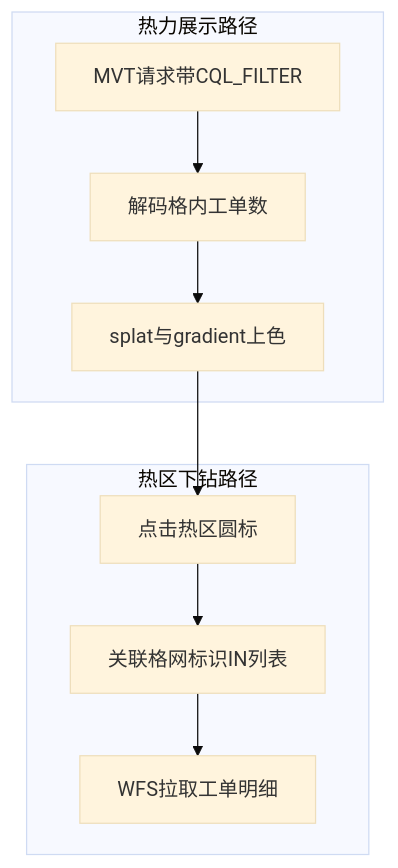
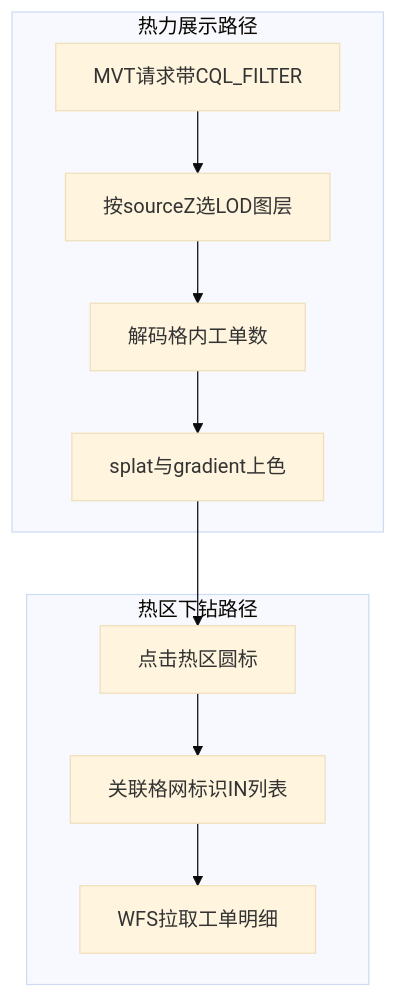
Before and after one commit to zheyi420/Dev-Wiki: the fifth of 6 diagrams in Blog/mvt-webgl_heatmap-ccl/百万级点数据：MVT + WebGL 热力渲染与 FBO 连通域热区工单统计.md, drawn with Mermaid (base theme). The commit also changed other lines of this file and 1 other file, not shown here.

````diff
--- a/Blog/mvt-webgl_heatmap-ccl/百万级点数据：MVT + WebGL 热力渲染与 FBO 连通域热区工单统计.md
+++ b/Blog/mvt-webgl_heatmap-ccl/百万级点数据：MVT + WebGL 热力渲染与 FBO 连通域热区工单统计.md
@@ -140,16 +176,17 @@
 ```mermaid
 flowchart TB
   subgraph mvtPath [热力展示路径]
     filterMvt[MVT请求带CQL_FILTER]
+    pickLod[按sourceZ选LOD图层]
     decodeMvt[解码格内工单数]
     splatHeat[splat与gradient上色]
-    filterMvt --> decodeMvt --> splatHeat
+    filterMvt --> pickLod --> decodeMvt --> splatHeat
   end
   subgraph wfsPath [热区下钻路径]
     pickRegion[点击热区圆标]
     gridIn[关联格网标识IN列表]
     wfsList[WFS拉取工单明细]
     pickRegion --> gridIn --> wfsList
   end
   splatHeat --> pickRegion
 ```
````
